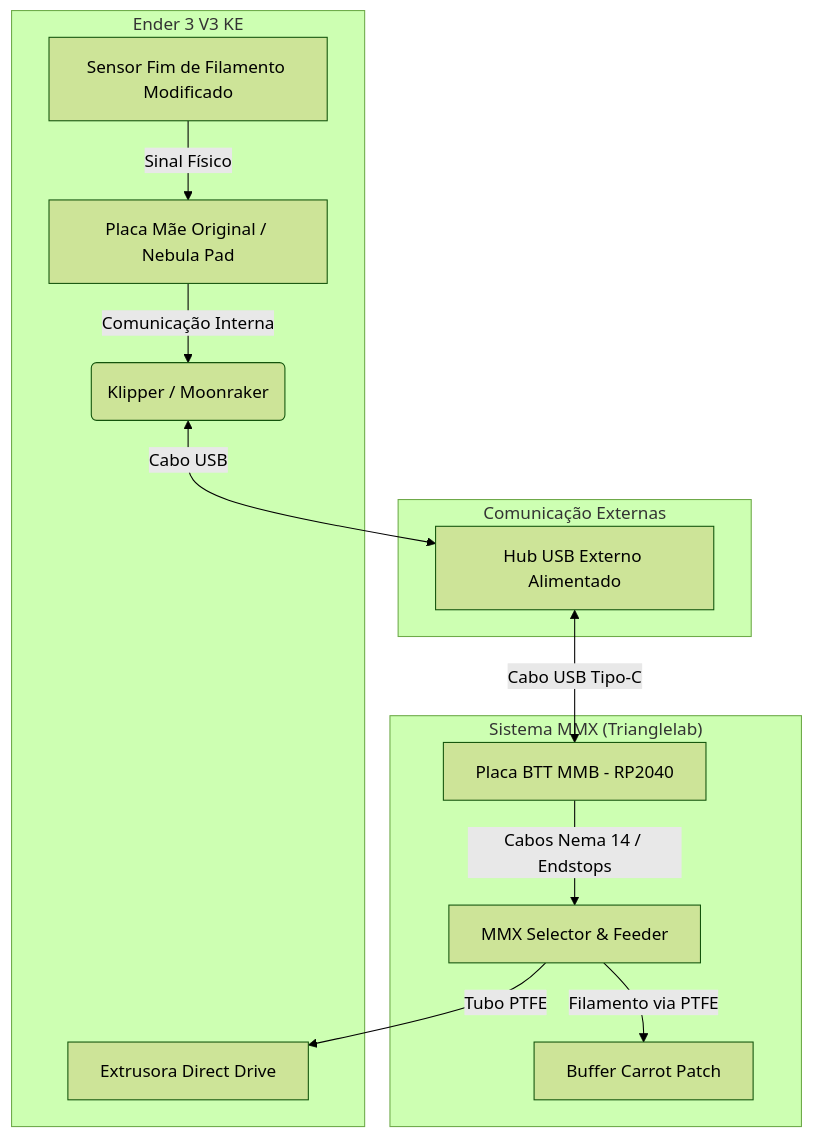
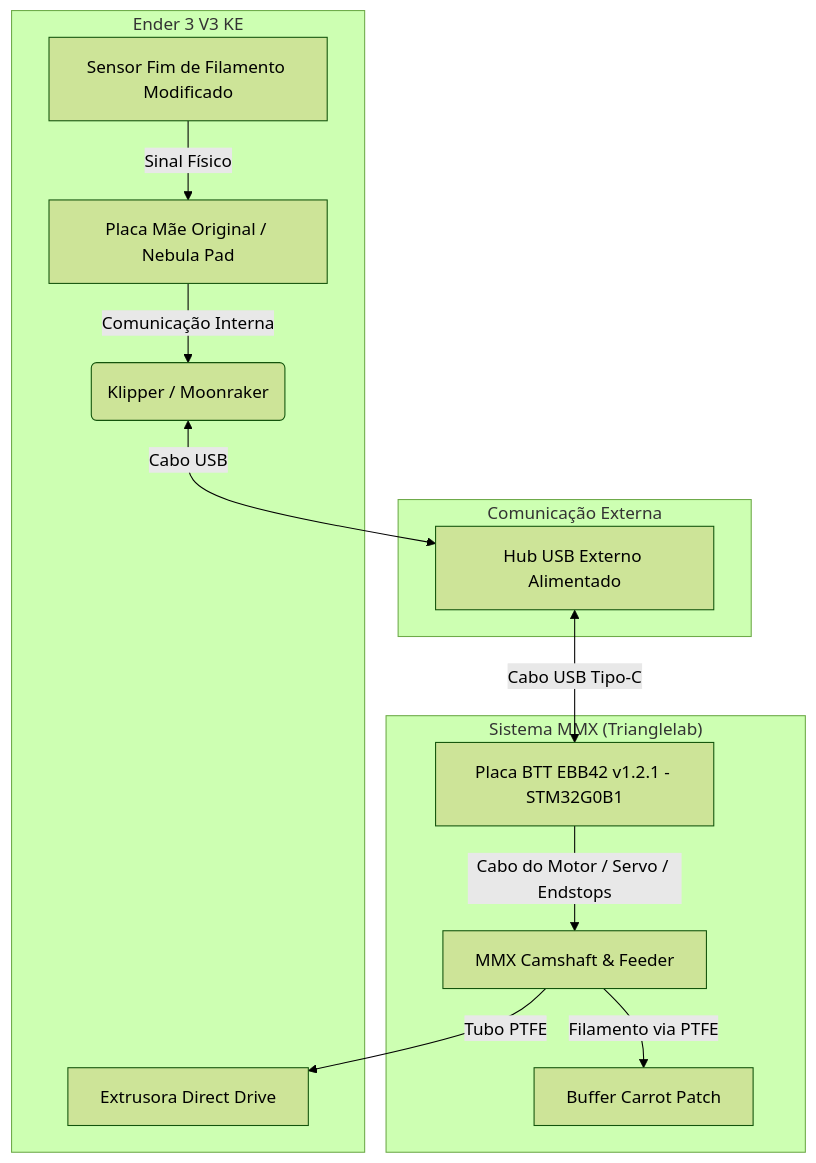
Before and after one commit to Demolidor31br/Projeto-MMX: the first of 2 diagrams in Ender_3_V3_KE/Documentation/Manual_Instalacao_MMX_Ender3V3KE.md, drawn with Mermaid (forest theme). The commit also changed other lines of this file, not shown here.

Commit message:
docs: update manual to use BTT EBB42 v1.2.1 instead of MMB

````diff
--- a/Ender_3_V3_KE/Documentation/Manual_Instalacao_MMX_Ender3V3KE.md
+++ b/Ender_3_V3_KE/Documentation/Manual_Instalacao_MMX_Ender3V3KE.md
@@ -12,25 +14,25 @@
 ```mermaid
 graph TD
     subgraph Impressora ["Ender 3 V3 KE"]
         A[Placa Mãe Original / Nebula Pad] -->|Comunicação Interna| B(Klipper / Moonraker)
         C[Extrusora Direct Drive]
         D[Sensor Fim de Filamento Modificado]
     end
 
-    subgraph Hub ["Comunicação Externas"]
+    subgraph Hub ["Comunicação Externa"]
         E[Hub USB Externo Alimentado]
     end
 
     subgraph MMX_System ["Sistema MMX (Trianglelab)"]
-        F[Placa BTT MMB - RP2040]
-        G[MMX Selector & Feeder]
+        F[Placa BTT EBB42 v1.2.1 - STM32G0B1]
+        G[MMX Camshaft & Feeder]
         H[Buffer Carrot Patch]
     end
 
     B <-->|Cabo USB| E
     E <-->|Cabo USB Tipo-C| F
-    F -->|Cabos Nema 14 / Endstops| G
+    F -->|Cabo do Motor / Servo / Endstops| G
     G -->|Filamento via PTFE| H
     G -->|Tubo PTFE| C
     D -->|Sinal Físico| A
 ```
````
